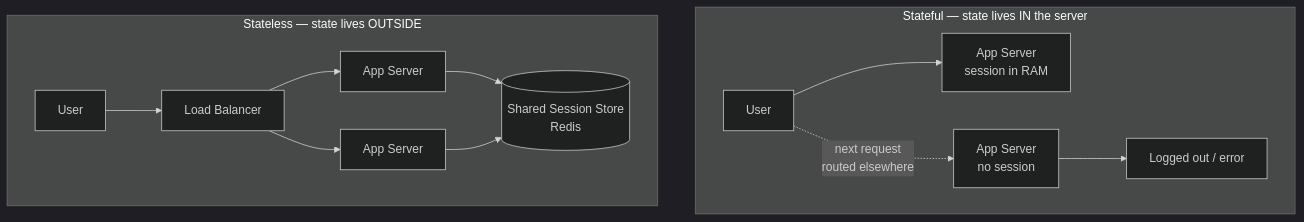
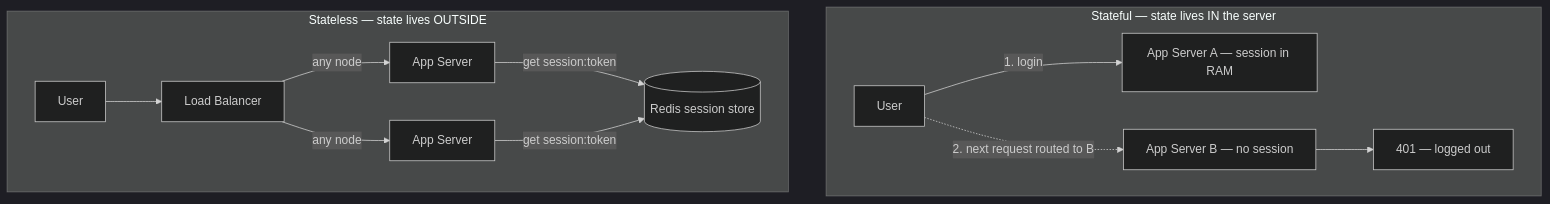
Before and after one commit to mohammad-mriesh-job/cortex: the first of 2 diagrams in src/modules/system-design/content/02-scalability/03-stateless-services.md, drawn with Mermaid (dark theme). The commit also changed other lines of this file and 257 other files, not shown here.

````diff
--- a/src/modules/system-design/content/02-scalability/03-stateless-services.md
+++ b/src/modules/system-design/content/02-scalability/03-stateless-services.md
@@ -17,17 +17,17 @@
 ```mermaid
 flowchart TD
   subgraph SF["Stateful — state lives IN the server"]
     direction LR
-    U1[User] --> AS1["App Server<br/>session in RAM"]
-    U1 -. "next request<br/>routed elsewhere" .-> AS2["App Server<br/>no session"]
-    AS2 --> X["Logged out / error"]
+    U1[User] -->|"1. login"| AS1["App Server A — session in RAM"]
+    U1 -.->|"2. next request routed to B"| AS2["App Server B — no session"]
+    AS2 --> X["401 — logged out"]
   end
   subgraph SL["Stateless — state lives OUTSIDE"]
     direction LR
     U2[User] --> LB[Load Balancer]
-    LB --> B1[App Server]
-    LB --> B2[App Server]
-    B1 --> Store[("Shared Session Store<br/>Redis")]
-    B2 --> Store
+    LB -->|any node| B1[App Server]
+    LB -->|any node| B2[App Server]
+    B1 -->|"get session:token"| Store[("Redis session store")]
+    B2 -->|"get session:token"| Store
   end
 ```
````
